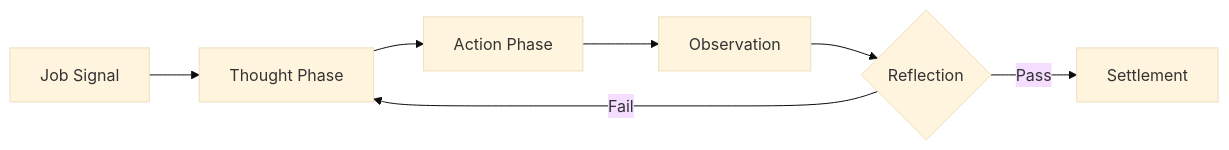
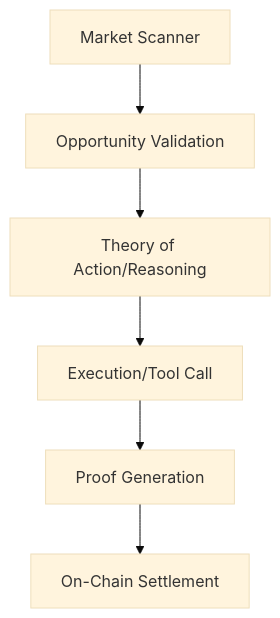
The diagram in BRAIN.md (BreatheAgent/breathe-agent), drawn with Mermaid (base theme) before and after one commit. The commit also changed other lines of this file and 4 other files, not shown here.

````diff
--- a/BRAIN.md
+++ b/BRAIN.md
@@ -19,9 +18,8 @@
 ```mermaid
-graph LR
-    Input[Job Signal] --> T[Thought Phase]
-    T --> A[Action Phase]
-    A --> O[Observation]
-    O --> R{Reflection}
-    R -->|Pass| S[Settlement]
-    R -->|Fail| T
+graph TD
+    S[Market Scanner] --> V[Opportunity Validation]
+    V --> T[Theory of Action/Reasoning]
+    T --> E[Execution/Tool Call]
+    E --> P[Proof Generation]
+    P --> C[On-Chain Settlement]
 ```
````
